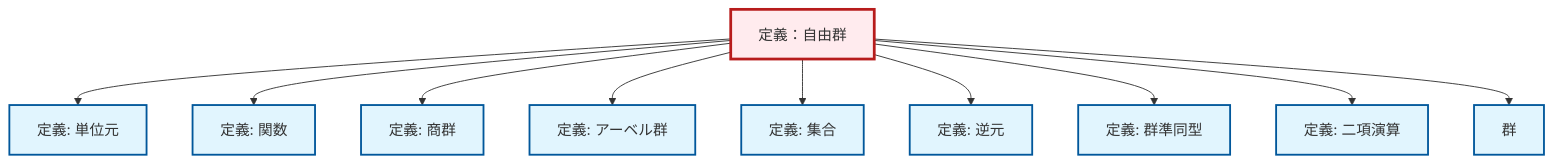
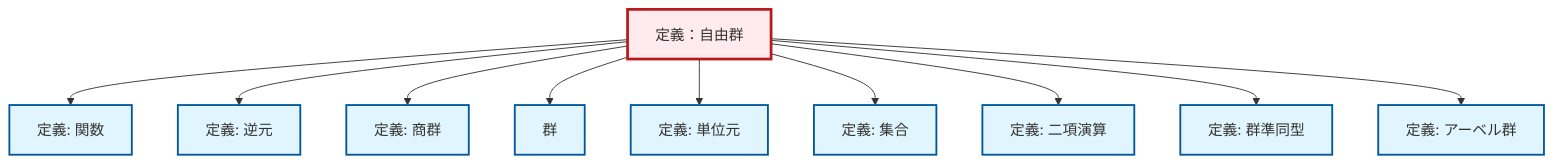
One commit to RK0429/ModernMath changed the diagram in content/ja/algebra/def-free-group.qmd. Above: the diagram before and after it, drawn with Mermaid. The commit also changed 672 other files, not shown here.

````diff
--- a/content/ja/algebra/def-free-group.qmd
+++ b/content/ja/algebra/def-free-group.qmd
@@ -101,38 +101,38 @@
 ```{mermaid}
-%%| fig-cap: "Local dependency graph"
+%%| fig-cap: "ローカル依存関係グラフ"
 graph TD
     classDef definition fill:#e1f5fe,stroke:#01579b,stroke-width:2px
     classDef theorem fill:#f3e5f5,stroke:#4a148c,stroke-width:2px
     classDef axiom fill:#fff3e0,stroke:#e65100,stroke-width:2px
     classDef example fill:#e8f5e9,stroke:#1b5e20,stroke-width:2px
     classDef current fill:#ffebee,stroke:#b71c1c,stroke-width:3px
-    def-identity-element["定義: 単位元"]:::definition
+    def-inverse-element["定義: 逆元"]:::definition
+    def-set["定義: 集合"]:::definition
+    def-quotient-group["定義: 商群"]:::definition
     def-binary-operation["定義: 二項演算"]:::definition
-    def-inverse-element["定義: 逆元"]:::definition
-    def-free-group["定義：自由群"]:::definition
-    def-set["定義: 集合"]:::definition
-    def-abelian-group["定義: アーベル群"]:::definition
     def-function["定義: 関数"]:::definition
     def-homomorphism["定義: 群準同型"]:::definition
-    def-quotient-group["定義: 商群"]:::definition
+    def-free-group["定義：自由群"]:::definition
     def-group["群"]:::definition
+    def-identity-element["定義: 単位元"]:::definition
+    def-abelian-group["定義: アーベル群"]:::definition
+    def-free-group --> def-function
+    def-free-group --> def-inverse-element
+    def-free-group --> def-quotient-group
+    def-free-group --> def-group
     def-free-group --> def-identity-element
-    def-free-group --> def-function
-    def-free-group --> def-quotient-group
+    def-free-group --> def-set
+    def-free-group --> def-binary-operation
+    def-free-group --> def-homomorphism
     def-free-group --> def-abelian-group
-    def-free-group --> def-set
-    def-free-group --> def-inverse-element
-    def-free-group --> def-homomorphism
-    def-free-group --> def-binary-operation
-    def-free-group --> def-group
     class def-free-group current
-    click def-identity-element "def-identity-element.html" "単位元の定義へ"
-    click def-binary-operation "def-binary-operation.html" "二項演算の定義へ"
     click def-inverse-element "def-inverse-element.html" "逆元の定義へ"
     click def-set "def-set.html" "集合の定義へ"
-    click def-abelian-group "def-abelian-group.html" "アーベル群の定義へ"
+    click def-quotient-group "def-quotient-group.html" "商群の定義へ"
+    click def-binary-operation "def-binary-operation.html" "二項演算の定義へ"
     click def-function "def-function.html" "関数の定義へ"
     click def-homomorphism "def-homomorphism.html" "群準同型の定義へ"
-    click def-quotient-group "def-quotient-group.html" "商群の定義へ"
     click def-group "def-group.html" "群へ"
+    click def-identity-element "def-identity-element.html" "単位元の定義へ"
+    click def-abelian-group "def-abelian-group.html" "アーベル群の定義へ"
 ```
````
